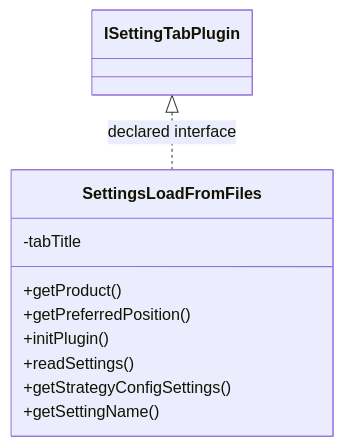
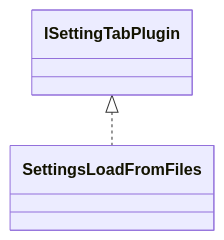
Before and after one commit to haruperi/HaruQuantAI: the diagram in docs/sqx/Shared/SettingsLoadFromFiles.md, drawn with Mermaid. The commit also changed other lines of this file and 1688 other files, not shown here.

````diff
--- a/docs/sqx/Shared/SettingsLoadFromFiles.md
+++ b/docs/sqx/Shared/SettingsLoadFromFiles.md
@@ -30,14 +26,6 @@
 ```mermaid
 classDiagram
-    class C0ba4b8742256["SettingsLoadFromFiles"] {
-        -tabTitle
-        +getProduct()
-        +getPreferredPosition()
-        +initPlugin()
-        +readSettings()
-        +getStrategyConfigSettings()
-        +getSettingName()
-    }
-    class C27734eb41505["ISettingTabPlugin"]
-    C27734eb41505 <|.. C0ba4b8742256 : declared interface
+    class C0["SettingsLoadFromFiles"]
+    class E0["ISettingTabPlugin"]
+    E0 <|.. C0
 ```
````
